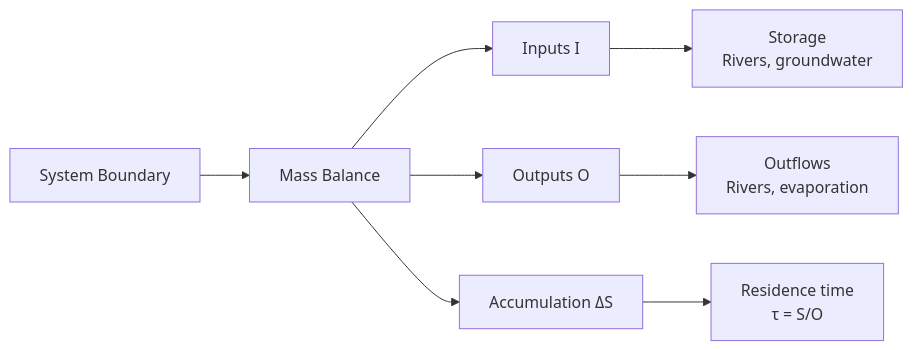
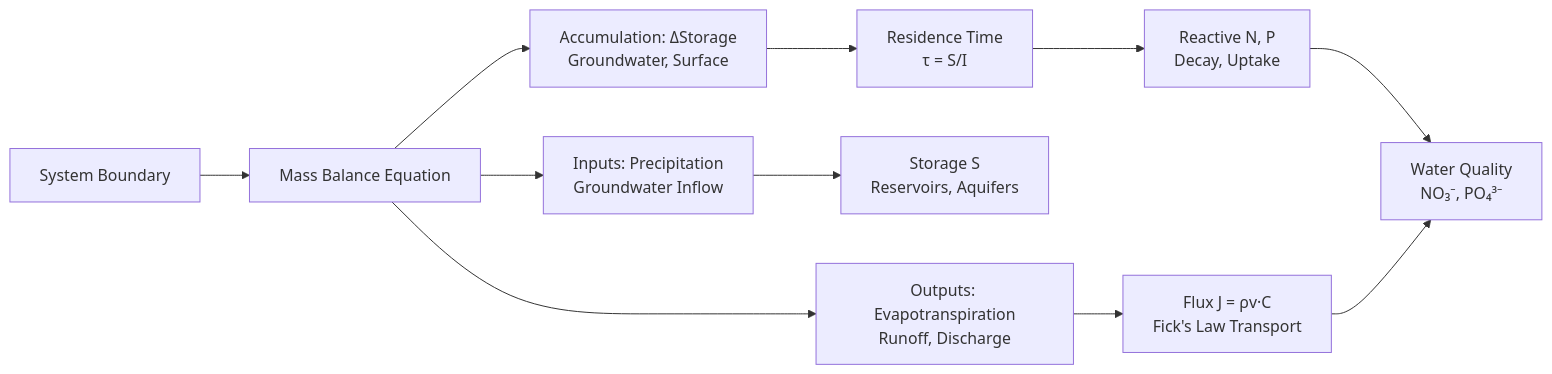
Before and after one commit to yip-lgtm/civil-bootcamp: the first of 5 diagrams in MIT_CEE_Core/Track_3_Energy_Transportation_Societal_Systems/Transportation_Urban_Systems/02_1.020_Engineering_Sustainability.md, drawn with Mermaid. The commit also changed other lines of this file and 6 other files, not shown here.

````diff
--- a/MIT_CEE_Core/Track_3_Energy_Transportation_Societal_Systems/Transportation_Urban_Systems/02_1.020_Engineering_Sustainability.md
+++ b/MIT_CEE_Core/Track_3_Energy_Transportation_Societal_Systems/Transportation_Urban_Systems/02_1.020_Engineering_Sustainability.md
@@ -169,10 +526,13 @@
 ```mermaid
 graph LR
-    A[System Boundary] --> B[Mass Balance]
-    B --> C[Inputs I]
-    B --> D[Outputs O]
-    B --> E[Accumulation ΔS]
-    C --> F[Storage<br/>Rivers, groundwater]
-    D --> G[Outflows<br/>Rivers, evaporation]
-    E --> H[Residence time<br/>τ = S/O]
+    A[System Boundary] --> B[Mass Balance Equation]
+    B --> C[Inputs: Precipitation<br/>Groundwater Inflow]
+    B --> D[Outputs: Evapotranspiration<br/>Runoff, Discharge]
+    B --> E[Accumulation: ΔStorage<br/>Groundwater, Surface]
+    C --> F[Storage S<br/>Reservoirs, Aquifers]
+    D --> G[Flux J = ρv·C<br/>Fick's Law Transport]
+    E --> H[Residence Time<br/>τ = S/I]
+    H --> I[Reactive N, P<br/>Decay, Uptake]
+    I --> J[Water Quality<br/>NO₃⁻, PO₄³⁻]
+    G --> J
 ```
````
